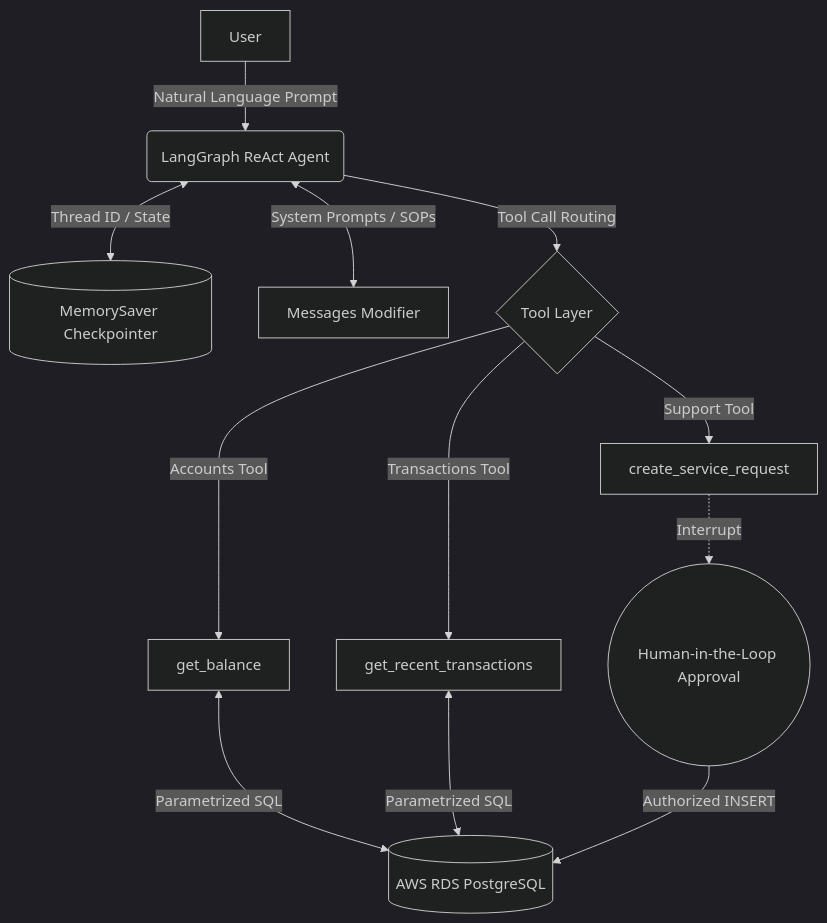
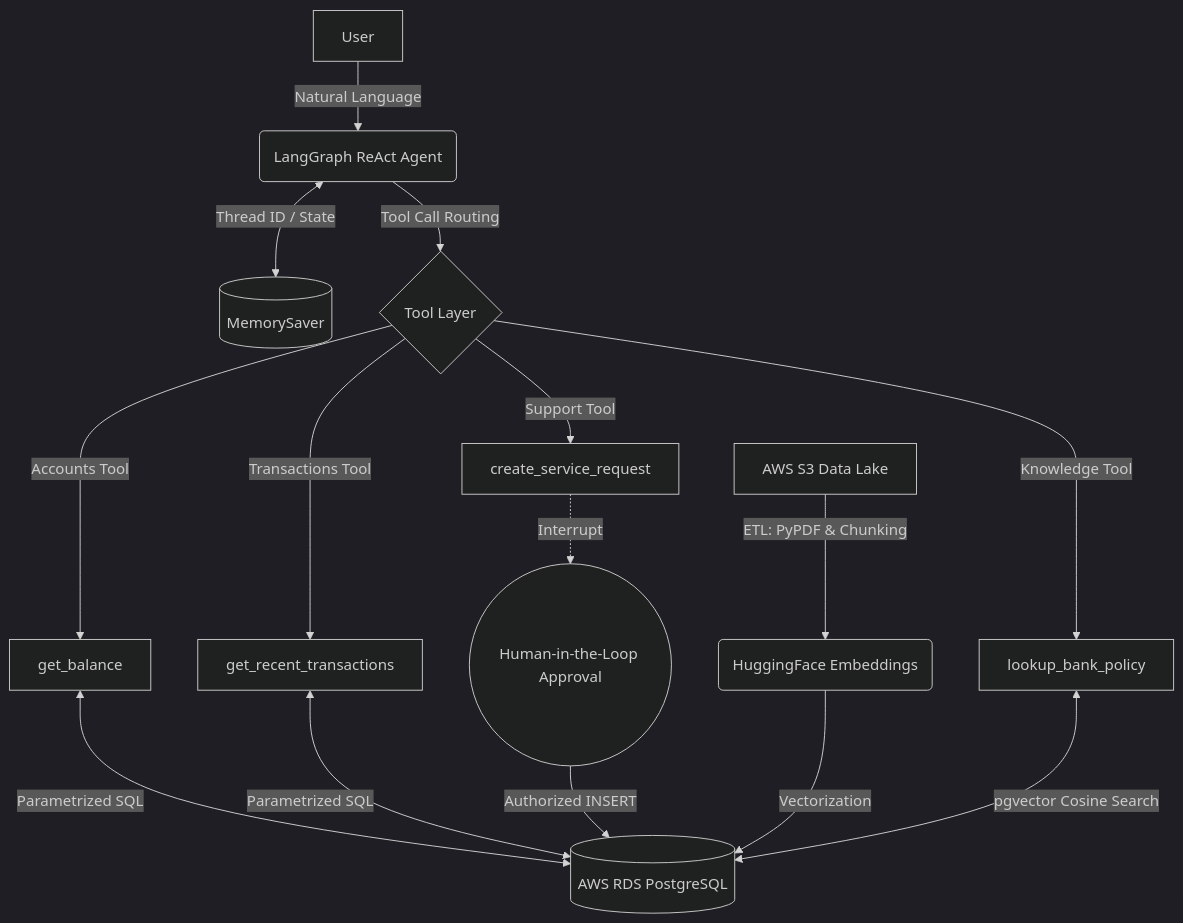
The diagram in README.md (Harsha2001-creater/Banking-Agent), drawn with Mermaid (dark theme) before and after one commit. The commit also changed other lines of this file, not shown here.

Commit message:
docs: major update adding AWS S3, pgvector, and Agentic RAG architecture

````diff
--- a/README.md
+++ b/README.md
@@ -16,19 +17,23 @@
 ```mermaid
 graph TD
-    A[User] -->|Natural Language Prompt| B(LangGraph ReAct Agent)
-    B <-->|Thread ID / State| C[(MemorySaver Checkpointer)]
-    B <-->|System Prompts / SOPs| D[Messages Modifier]
+    A[User] -->|Natural Language| B(LangGraph ReAct Agent)
+    B <-->|Thread ID / State| C[(MemorySaver)]
     
     B -->|Tool Call Routing| E{Tool Layer}
     
     E -->|Accounts Tool| F[get_balance]
     E -->|Transactions Tool| G[get_recent_transactions]
     E -->|Support Tool| H[create_service_request]
+    E -->|Knowledge Tool| K[lookup_bank_policy]
     
     H -.->|Interrupt| I((Human-in-the-Loop Approval))
     
     F <-->|Parametrized SQL| J[(AWS RDS PostgreSQL)]
     G <-->|Parametrized SQL| J
     I -->|Authorized INSERT| J
+    
+    L[AWS S3 Data Lake] -->|ETL: PyPDF & Chunking| M(HuggingFace Embeddings)
+    M -->|Vectorization| J
+    K <-->|pgvector Cosine Search| J
 
 ```
````
